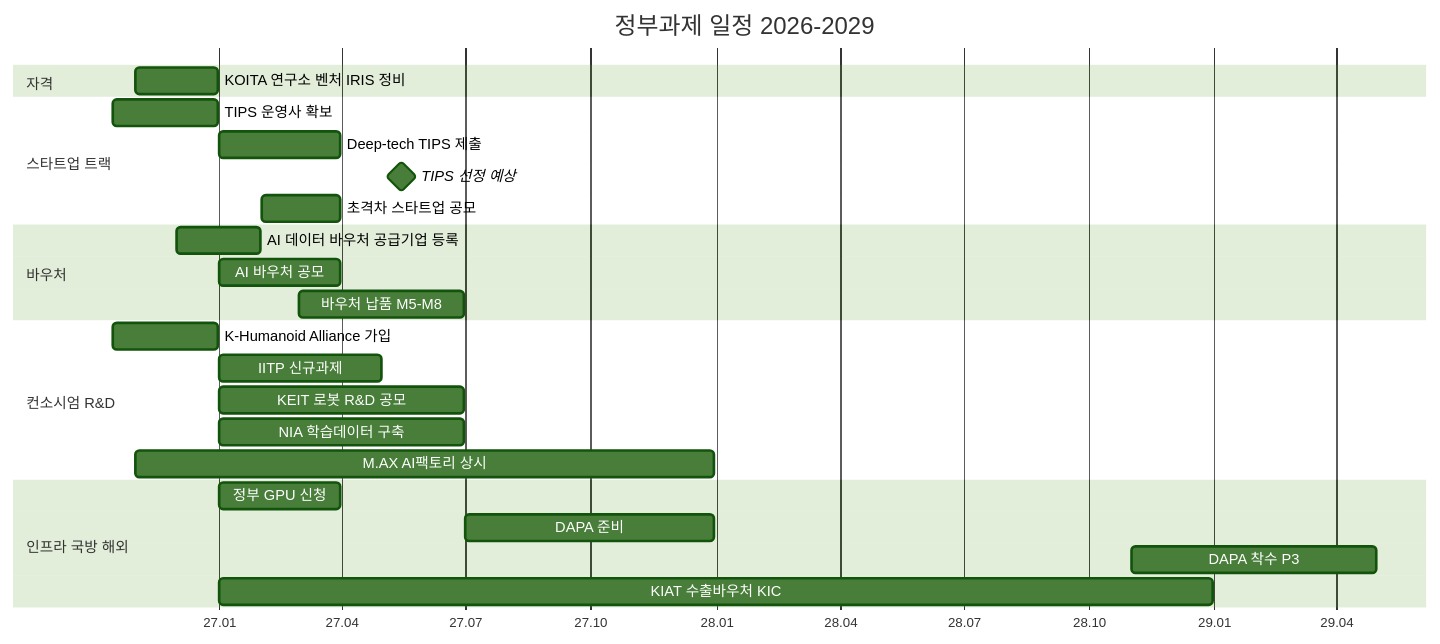
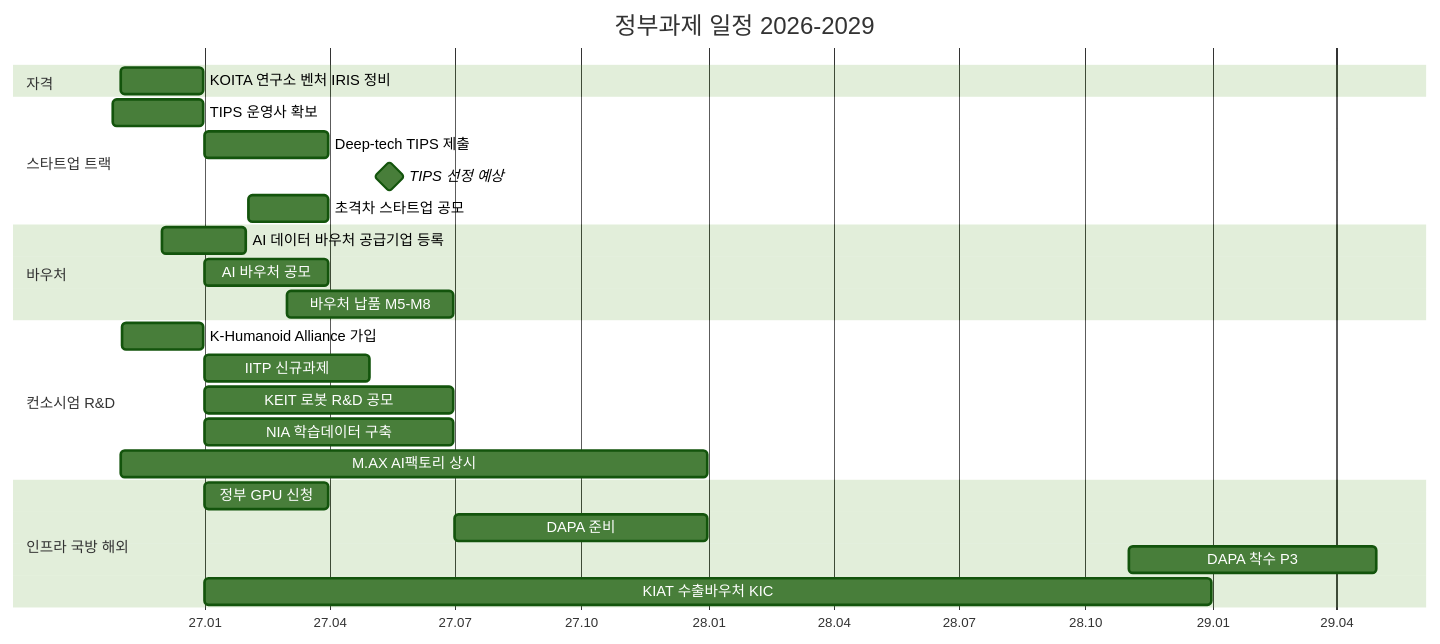
One commit to ouremployeeces-ship-it/AIResearch changed the sixth of 7 diagrams in docs/digital-twin-platform/10-business-model-gtm.md. Above: the diagram before and after it, drawn with Mermaid (forest theme). The commit also changed other lines of this file and 13 other files, not shown here.

````diff
--- a/docs/digital-twin-platform/10-business-model-gtm.md
+++ b/docs/digital-twin-platform/10-business-model-gtm.md
@@ -730,28 +730,28 @@
 ```mermaid
 gantt
     title 정부과제 일정 2026-2029
     dateFormat YYYY-MM-DD
     axisFormat %y.%m
     section 자격
     KOITA 연구소 벤처 IRIS 정비        :a1, 2026-11-01, 2026-12-31
     section 스타트업 트랙
-    TIPS 운영사 확보                   :b1, 2026-10-15, 2026-12-31
+    TIPS 운영사 확보                   :b1, 2026-10-26, 2026-12-31
     Deep-tech TIPS 제출                :b2, 2027-01-01, 2027-03-31
     TIPS 선정 예상                     :milestone, b3, 2027-05-15, 0d
     초격차 스타트업 공모               :b4, 2027-02-01, 2027-03-31
     section 바우처
     AI 데이터 바우처 공급기업 등록     :c1, 2026-12-01, 2027-01-31
     AI 바우처 공모                     :c2, 2027-01-01, 2027-03-31
     바우처 납품 M5-M8                  :c3, 2027-03-01, 2027-06-30
     section 컨소시엄 R&D
-    K-Humanoid Alliance 가입           :d1, 2026-10-15, 2026-12-31
+    K-Humanoid Alliance 가입           :d1, 2026-11-02, 2026-12-31
     IITP 신규과제                      :d2, 2027-01-01, 2027-04-30
     KEIT 로봇 R&D 공모                 :d3, 2027-01-01, 2027-06-30
     NIA 학습데이터 구축                :d4, 2027-01-01, 2027-06-30
     M.AX AI팩토리 상시                 :d5, 2026-11-01, 2027-12-31
     section 인프라 국방 해외
     정부 GPU 신청                      :e1, 2027-01-01, 2027-03-31
     DAPA 준비                          :e2, 2027-07-01, 2027-12-31
     DAPA 착수 P3                       :e3, 2028-11-01, 2029-04-30
     KIAT 수출바우처 KIC                :e4, 2027-01-01, 2028-12-31
 ```
````
